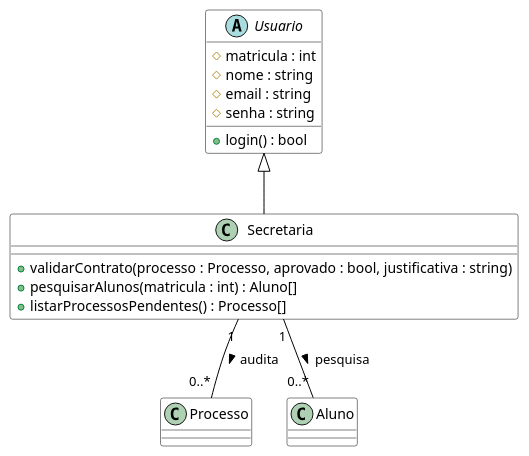
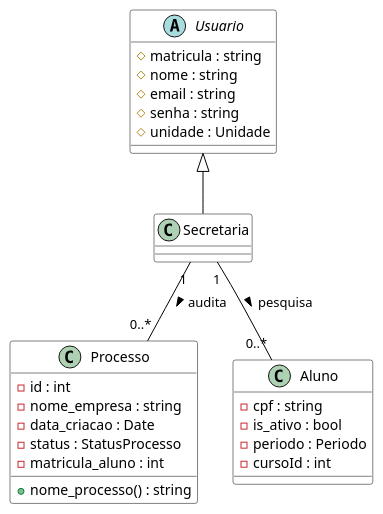
Before and after one commit to Projetos-de-Extensao/PBE_26.1_8002_III: the diagram in docs/assets/Diagramas/src/diagrama_classes_secretaria.puml, drawn with PlantUML. The commit also changed 7 other files, not shown here.

```diff
--- a/docs/assets/Diagramas/src/diagrama_classes_secretaria.puml
+++ b/docs/assets/Diagramas/src/diagrama_classes_secretaria.puml
@@ -1,35 +1,42 @@
 @startuml
 
 ' --- Estilos ---
 skinparam class {
     BackgroundColor White
     ArrowColor Black
     BorderColor Black
 }
 
 ' --- Classes Relevantes ---
 abstract class Usuario {
-    # matricula : int
+    # matricula : string
     # nome : string
     # email : string
     # senha : string
-    + login() : bool
+    # unidade : Unidade
 }
 
 class Secretaria extends Usuario {
-    + validarContrato(processo : Processo, aprovado : bool, justificativa : string)
-    + pesquisarAlunos(matricula : int) : Aluno[]
-    + listarProcessosPendentes() : Processo[]
 }
 
 class Processo {
+    - id : int
+    - nome_empresa : string
+    - data_criacao : Date
+    - status : StatusProcesso
+    - matricula_aluno : int
+    + nome_processo() : string
 }
 
 class Aluno {
+    - cpf : string
+    - is_ativo : bool
+    - periodo : Periodo
+    - cursoId : int
 }
 
 ' --- Relacionamentos ---
 Secretaria "1" -- "0..*" Processo : audita >
 Secretaria "1" -- "0..*" Aluno : pesquisa >
 
 @enduml
```
